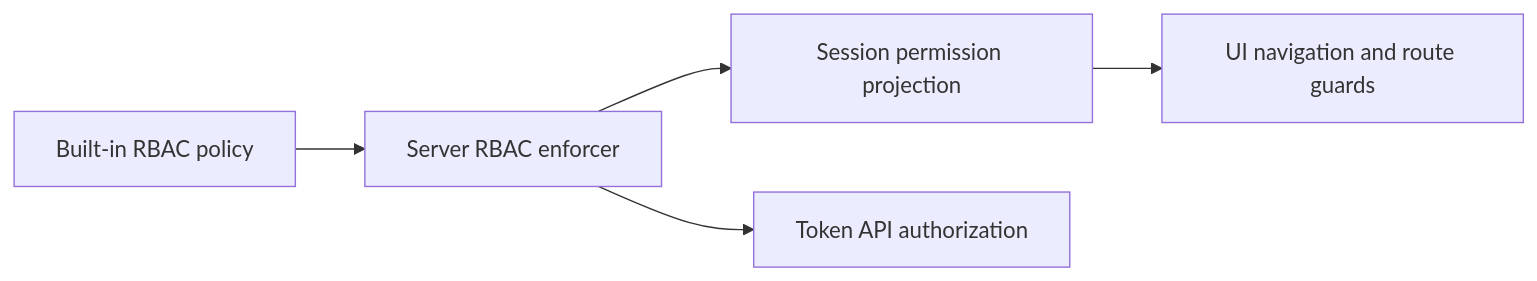
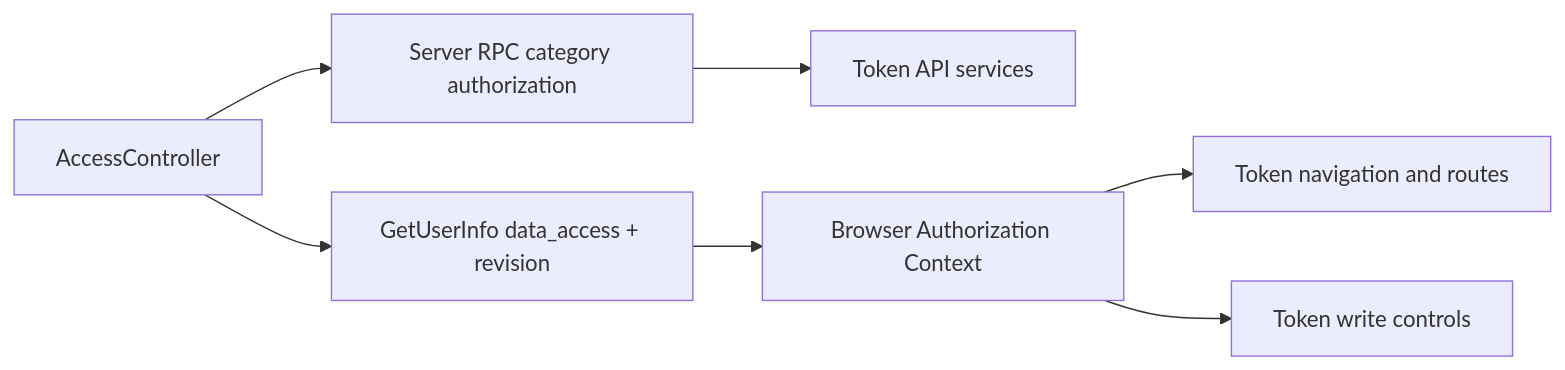
One commit to useryege/athena-o changed the diagram in docs/design/token-intelligence/access-control.md. Above: the diagram before and after it, drawn with Mermaid. The commit also changed other lines of this file and 70 other files, not shown here.

````diff
--- a/docs/design/token-intelligence/access-control.md
+++ b/docs/design/token-intelligence/access-control.md
@@ -27,7 +28,9 @@
 ```mermaid
 flowchart LR
-    P["Built-in RBAC policy"] --> E["Server RBAC enforcer"]
-    E --> S["Session permission projection"]
-    S --> U["UI navigation and route guards"]
-    E --> A["Token API authorization"]
+    C["AccessController"] --> A["Server RPC category authorization"]
+    A --> T["Token API services"]
+    C --> I["GetUserInfo data_access + revision"]
+    I --> U["Browser Authorization Context"]
+    U --> N["Token navigation and routes"]
+    U --> W["Token write controls"]
 ```
````
